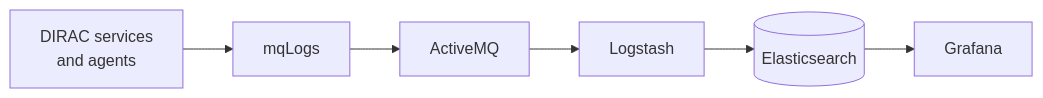
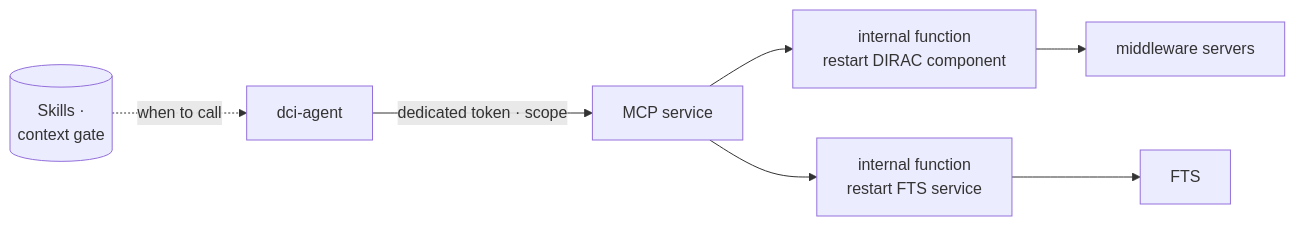
One commit to hanx-hep/12th-diracx-workshop changed the third of 4 diagrams in slides.md. Above: the diagram before and after it, drawn with Mermaid. The commit also changed other lines of this file, not shown here.

First line of the commit message:
Rework Operate section around dci-agent and scoped MCP actions

````diff
--- a/slides.md
+++ b/slides.md
@@ -295,6 +324,9 @@
-```mermaid {scale: 0.48}
+```mermaid {scale: 0.5}
 flowchart LR
-    A[DIRAC services<br/>and agents] --> B[mqLogs] --> C[ActiveMQ]
-    C --> D[Logstash] --> E[(Elasticsearch)]
-    E --> F[Grafana]
+    A[dci-agent] -->|dedicated token · scope| M[MCP service]
+    M --> P1[internal function<br/>restart DIRAC component]
+    M --> P2[internal function<br/>restart FTS service]
+    P1 --> T1[middleware servers]
+    P2 --> T2[FTS]
+    SK[(Skills ·<br/>context gate)] -. when to call .-> A
 ```
````
